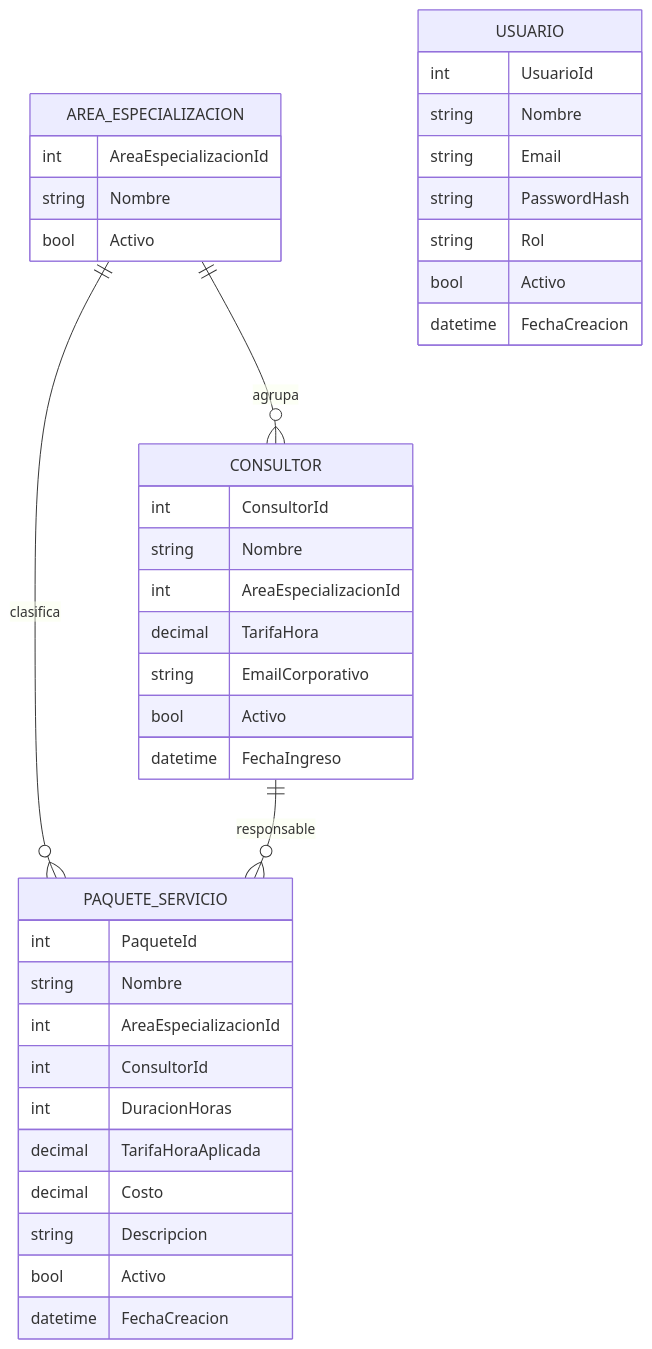
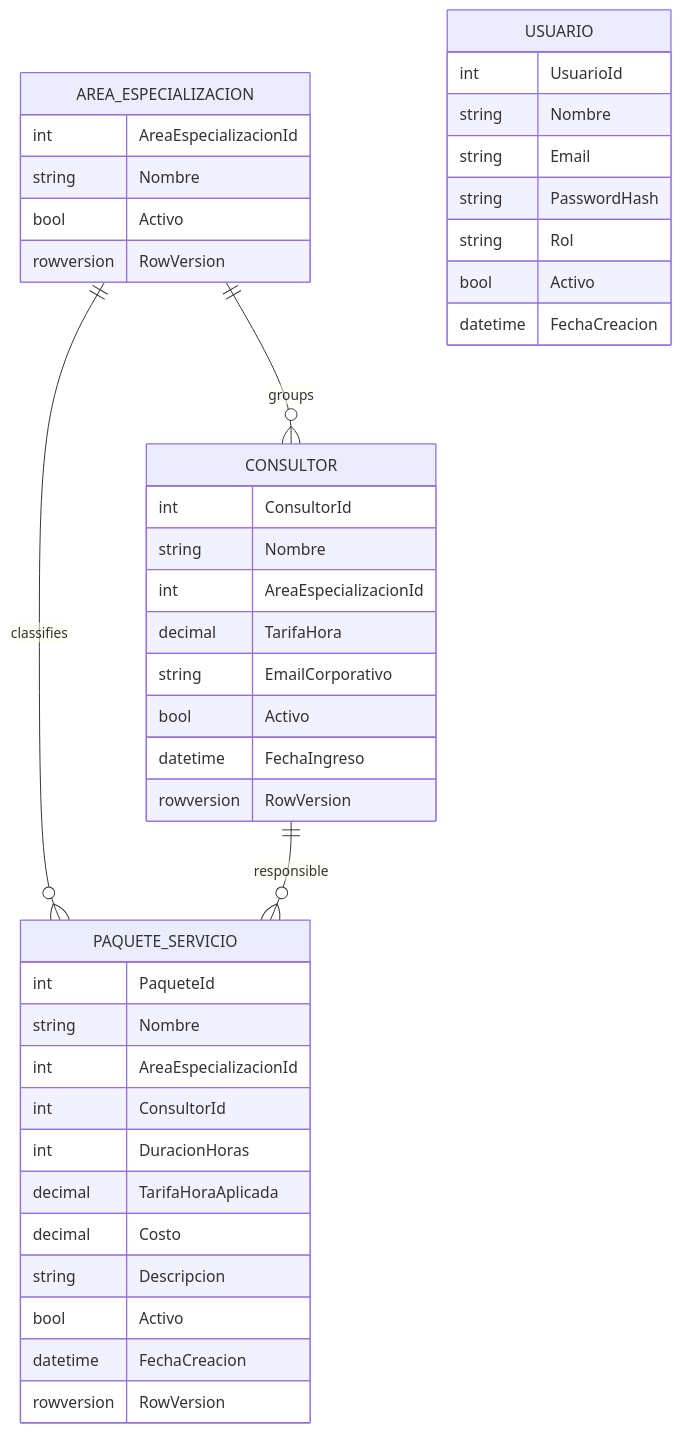
One commit to Esauhm/ConsultoriaProyect changed the second of 3 diagrams in README.md. Above: the diagram before and after it, drawn with Mermaid. The commit also changed other lines of this file and 1 other file, not shown here.

````diff
--- a/README.md
+++ b/README.md
@@ -229,45 +195,48 @@
 ```mermaid
 erDiagram
-    AREA_ESPECIALIZACION ||--o{ CONSULTOR : agrupa
-    AREA_ESPECIALIZACION ||--o{ PAQUETE_SERVICIO : clasifica
-    CONSULTOR ||--o{ PAQUETE_SERVICIO : responsable
+    AREA_ESPECIALIZACION ||--o{ CONSULTOR : groups
+    AREA_ESPECIALIZACION ||--o{ PAQUETE_SERVICIO : classifies
+    CONSULTOR ||--o{ PAQUETE_SERVICIO : responsible
 
     AREA_ESPECIALIZACION {
         int AreaEspecializacionId
         string Nombre
         bool Activo
+        rowversion RowVersion
     }
 
     CONSULTOR {
         int ConsultorId
         string Nombre
         int AreaEspecializacionId
         decimal TarifaHora
         string EmailCorporativo
         bool Activo
         datetime FechaIngreso
+        rowversion RowVersion
     }
 
     PAQUETE_SERVICIO {
         int PaqueteId
         string Nombre
         int AreaEspecializacionId
         int ConsultorId
         int DuracionHoras
         decimal TarifaHoraAplicada
         decimal Costo
         string Descripcion
         bool Activo
         datetime FechaCreacion
+        rowversion RowVersion
     }
 
     USUARIO {
         int UsuarioId
         string Nombre
         string Email
         string PasswordHash
         string Rol
         bool Activo
         datetime FechaCreacion
     }
 ```
````
